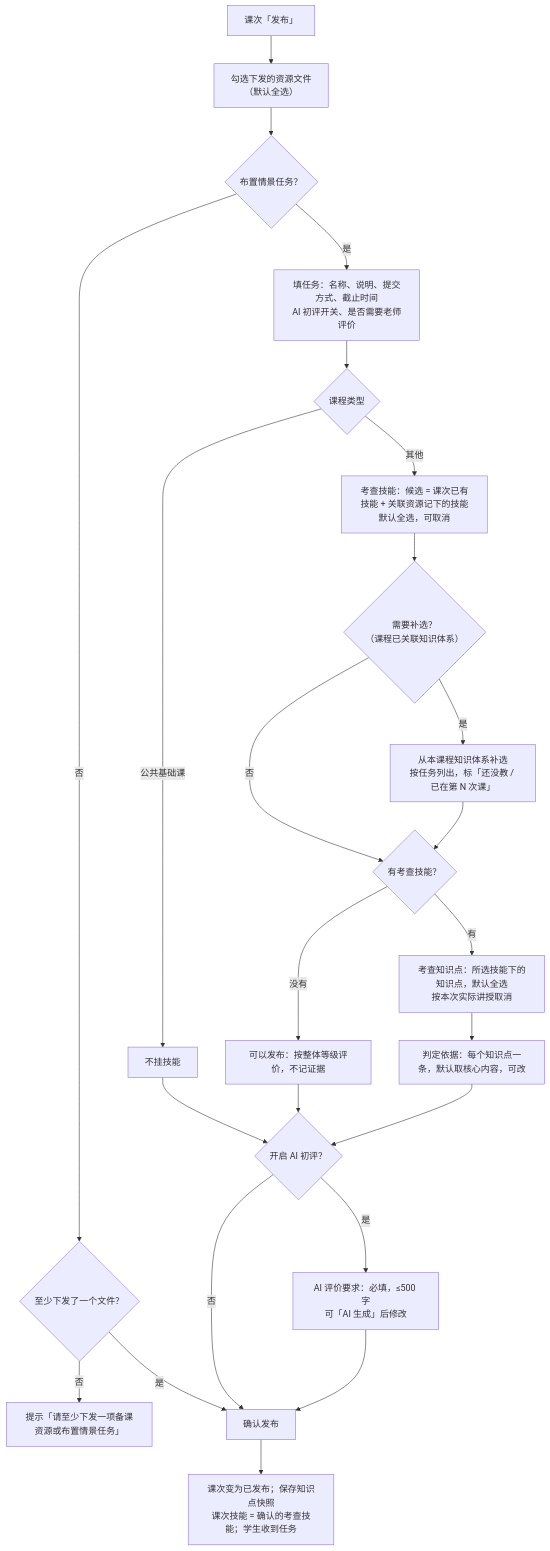
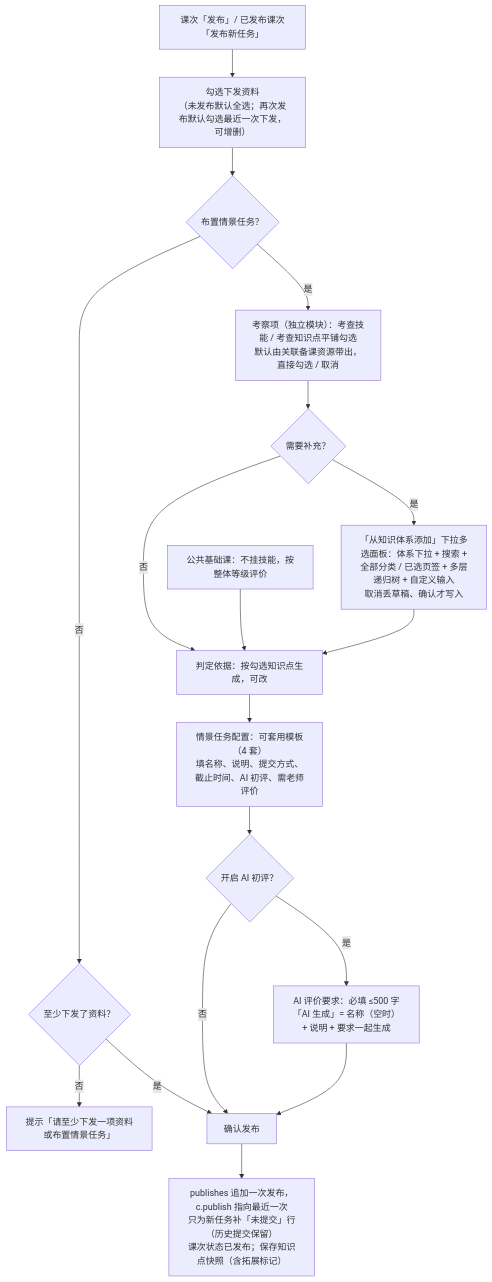
Before and after one commit to qlf123/industry-analyzer-demo: the first of 3 diagrams in PRD-第五批-发布评价与证据.md, drawn with Mermaid. The commit also changed other lines of this file and 132 other files, not shown here.

````diff
--- a/PRD-第五批-发布评价与证据.md
+++ b/PRD-第五批-发布评价与证据.md
@@ -53,26 +63,20 @@
 ```mermaid
 flowchart TD
-    A["课次「发布」"] --> B["勾选下发的资源文件<br/>（默认全选）"]
+    A["课次「发布」/ 已发布课次「发布新任务」"] --> B["勾选下发资料<br/>（未发布默认全选；再次发布默认勾选最近一次下发，可增删）"]
     B --> C{"布置情景任务？"}
-    C -- "否" --> P{"至少下发了一个文件？"}
-    P -- "否" --> P1["提示「请至少下发一项备课资源或布置情景任务」"]
+    C -- "否" --> P{"至少下发了资料？"}
+    P -- "否" --> P1["提示「请至少下发一项资料或布置情景任务」"]
     P -- "是" --> OK["确认发布"]
-    C -- "是" --> D["填任务：名称、说明、提交方式、截止时间<br/>AI 初评开关、是否需要老师评价"]
-    D --> E{"课程类型"}
-    E -- "公共基础课" --> E1["不挂技能"]
-    E -- "其他" --> F["考查技能：候选 = 课次已有技能 + 关联资源记下的技能<br/>默认全选，可取消"]
-    F --> G{"需要补选？<br/>（课程已关联知识体系）"}
-    G -- "是" --> G1["从本课程知识体系补选<br/>按任务列出，标「还没教 / 已在第 N 次课」"]
-    G -- "否" --> H
-    G1 --> H{"有考查技能？"}
-    H -- "没有" --> H1["可以发布：按整体等级评价，不记证据"]
-    H -- "有" --> I["考查知识点：所选技能下的知识点，默认全选<br/>按本次实际讲授取消"]
-    I --> J["判定依据：每个知识点一条，默认取核心内容，可改"]
-    E1 --> K
-    H1 --> K
-    J --> K{"开启 AI 初评？"}
-    K -- "是" --> K1["AI 评价要求：必填，≤500 字<br/>可「AI 生成」后修改"]
-    K -- "否" --> OK
-    K1 --> OK
-    OK --> Z["课次变为已发布；保存知识点快照<br/>课次技能 = 确认的考查技能；学生收到任务"]
+    C -- "是" --> D["考察项（独立模块）：考查技能 / 考查知识点平铺勾选<br/>默认由关联备课资源带出，直接勾选 / 取消"]
+    D --> E{"需要补充？"}
+    E -- "是" --> E1["「从知识体系添加」下拉多选面板：体系下拉 + 搜索 +<br/>全部分类 / 已选页签 + 多层递归树 + 自定义输入<br/>取消丢草稿、确认才写入"]
+    E -- "否" --> F
+    D2["公共基础课：不挂技能，按整体等级评价"] --> F
+    E1 --> F["判定依据：按勾选知识点生成，可改"]
+    F --> G["情景任务配置：可套用模板（4 套）<br/>填名称、说明、提交方式、截止时间、AI 初评、需老师评价"]
+    G --> H{"开启 AI 初评？"}
+    H -- "是" --> H1["AI 评价要求：必填 ≤500 字<br/>「AI 生成」= 名称（空时）+ 说明 + 要求一起生成"]
+    H -- "否" --> OK
+    H1 --> OK
+    OK --> Z["publishes 追加一次发布，c.publish 指向最近一次<br/>只为新任务补「未提交」行（历史提交保留）<br/>课次状态已发布；保存知识点快照（含拓展标记）"]
 ```
````
